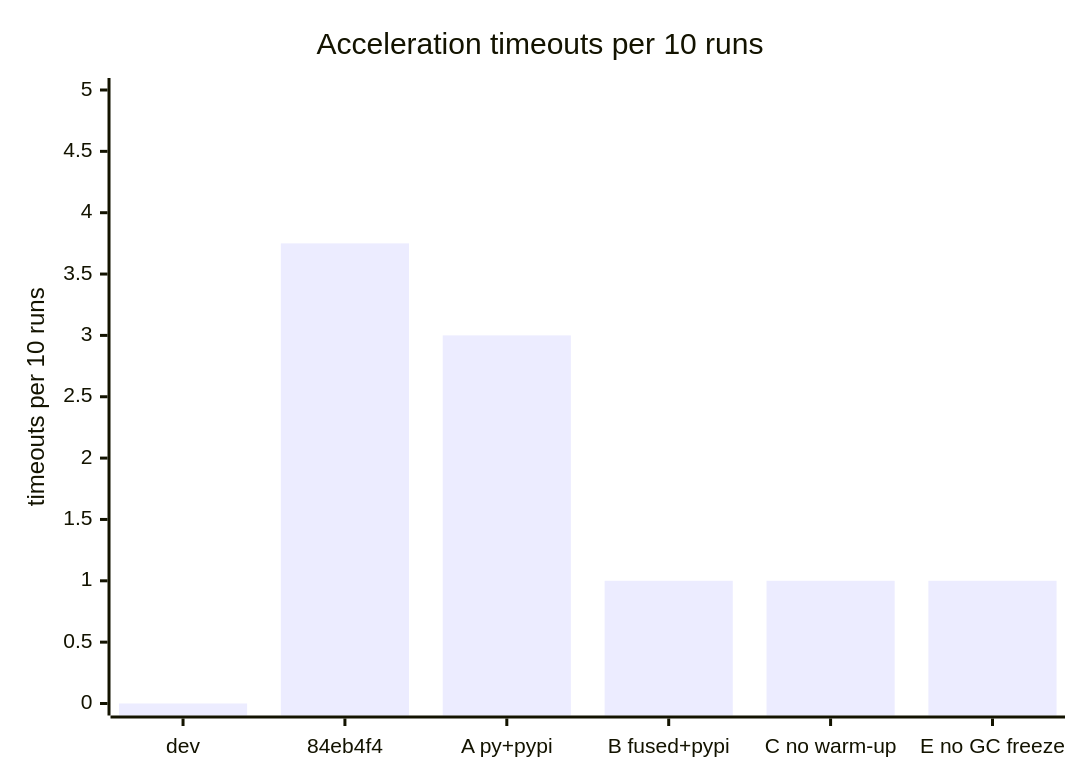
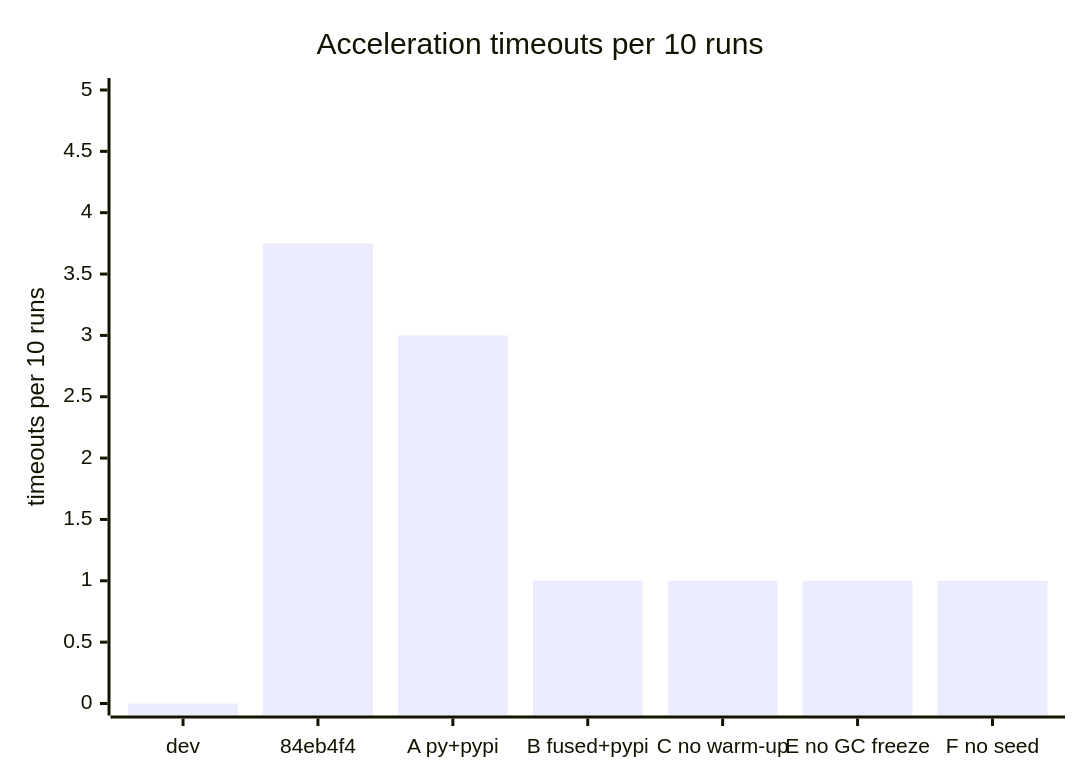
Before and after one commit to isc-fs/IFS09-DV-PIPELINE: the fifth of 5 diagrams in docs/arm_optimization/validation.md, drawn with Mermaid. The commit also changed other lines of this file and 1 other file, not shown here.

````diff
--- a/docs/arm_optimization/validation.md
+++ b/docs/arm_optimization/validation.md
@@ -136,7 +137,7 @@
 ```mermaid
 xychart-beta
     title "Acceleration timeouts per 10 runs"
-    x-axis ["dev", "84eb4f4", "A py+pypi", "B fused+pypi", "C no warm-up", "E no GC freeze"]
+    x-axis ["dev", "84eb4f4", "A py+pypi", "B fused+pypi", "C no warm-up", "E no GC freeze", "F no seed"]
     y-axis "timeouts per 10 runs" 0 --> 5
-    bar [0, 3.75, 3, 1, 1, 1]
+    bar [0, 3.75, 3, 1, 1, 1, 1]
 ```
````
